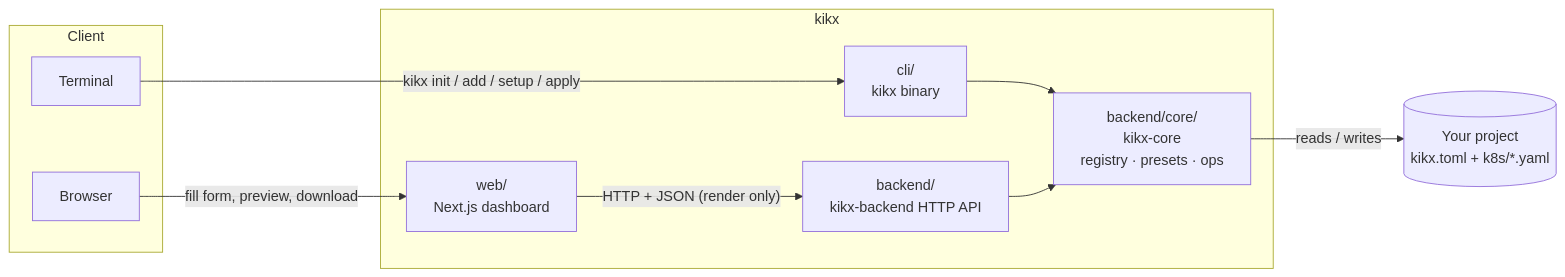
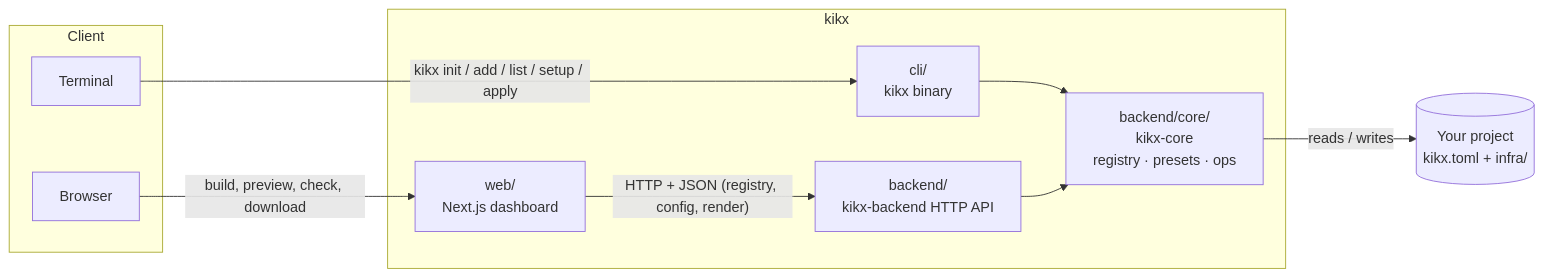
Before and after one commit to yokwejuste/kikx: the diagram in README.md, drawn with Mermaid. The commit also changed other lines of this file and 187 other files, not shown here.

First line of the commit message:
feat: intuitive builder, real-world Ansible support, draw.io-style architecture (#1)

````diff
--- a/README.md
+++ b/README.md
@@ -143,23 +238,23 @@
 ```mermaid
 flowchart LR
     subgraph Client
         Term["Terminal"]
         Browser["Browser"]
     end
 
     subgraph kikx
         CLI["cli/\nkikx binary"]
         Web["web/\nNext.js dashboard"]
         Backend["backend/\nkikx-backend HTTP API"]
         Core["backend/core/\nkikx-core\nregistry · presets · ops"]
     end
 
-    Disk[("Your project\nkikx.toml + k8s/*.yaml")]
+    Disk[("Your project\nkikx.toml + infra/")]
 
-    Term -- "kikx init / add / setup / apply" --> CLI
-    Browser -- "fill form, preview, download" --> Web
-    Web -- "HTTP + JSON (render only)" --> Backend
+    Term -- "kikx init / add / list / setup / apply" --> CLI
+    Browser -- "build, preview, check, download" --> Web
+    Web -- "HTTP + JSON (registry, config, render)" --> Backend
     CLI --> Core
     Backend --> Core
     Core -- "reads / writes" --> Disk
 ```
````
